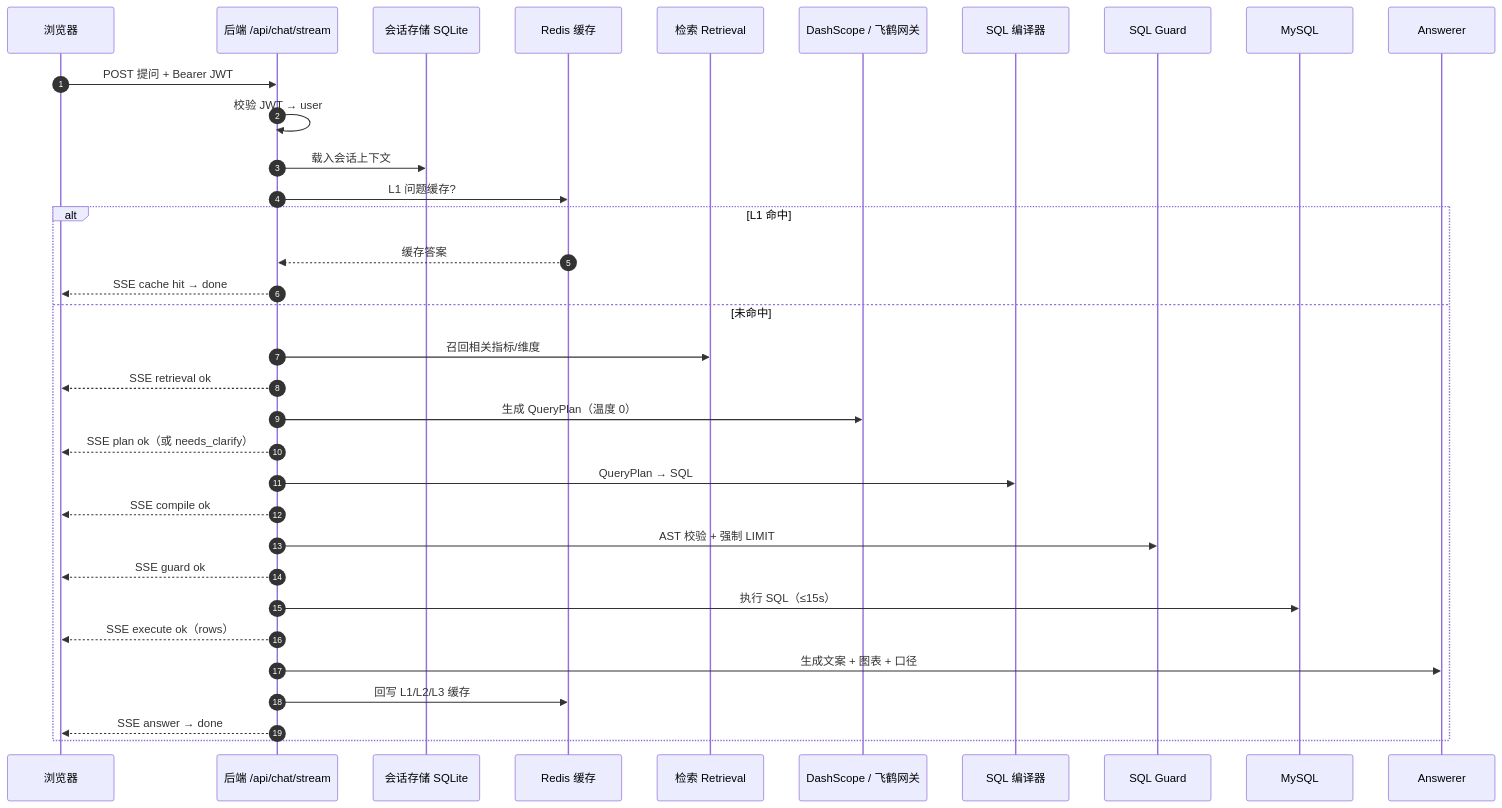
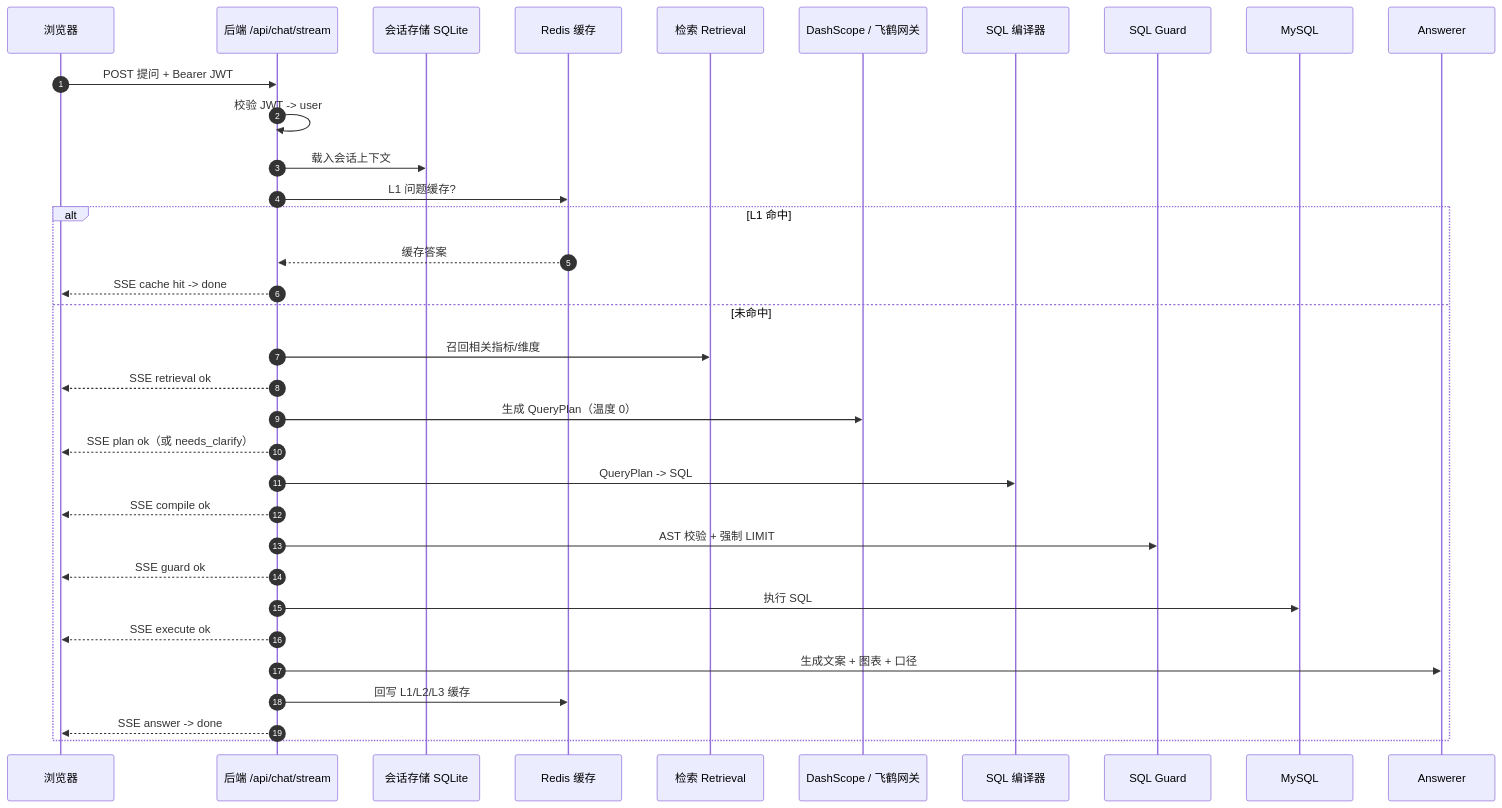
Before and after one commit to YJLBigData/DataChatV1: the third of 5 diagrams in docs/ARCHITECTURE.md, drawn with Mermaid. The commit also changed other lines of this file and 91 other files, not shown here.

````diff
--- a/docs/ARCHITECTURE.md
+++ b/docs/ARCHITECTURE.md
@@ -117,37 +101,37 @@
 ```mermaid
 sequenceDiagram
     autonumber
     participant U as 浏览器
     participant API as 后端 /api/chat/stream
     participant CV as 会话存储 SQLite
     participant R as Redis 缓存
     participant RT as 检索 Retrieval
     participant LLM as DashScope / 飞鹤网关
     participant CP as SQL 编译器
     participant G as SQL Guard
     participant DB as MySQL
     participant AN as Answerer
 
     U->>API: POST 提问 + Bearer JWT
-    API->>API: 校验 JWT → user
+    API->>API: 校验 JWT -> user
     API->>CV: 载入会话上下文
     API->>R: L1 问题缓存?
     alt L1 命中
         R-->>API: 缓存答案
-        API-->>U: SSE cache hit → done
+        API-->>U: SSE cache hit -> done
     else 未命中
         API->>RT: 召回相关指标/维度
         API-->>U: SSE retrieval ok
         API->>LLM: 生成 QueryPlan（温度 0）
         API-->>U: SSE plan ok（或 needs_clarify）
-        API->>CP: QueryPlan → SQL
+        API->>CP: QueryPlan -> SQL
         API-->>U: SSE compile ok
         API->>G: AST 校验 + 强制 LIMIT
         API-->>U: SSE guard ok
-        API->>DB: 执行 SQL（≤15s）
-        API-->>U: SSE execute ok（rows）
+        API->>DB: 执行 SQL
+        API-->>U: SSE execute ok
         API->>AN: 生成文案 + 图表 + 口径
         API->>R: 回写 L1/L2/L3 缓存
-        API-->>U: SSE answer → done
+        API-->>U: SSE answer -> done
     end
 ```
````
